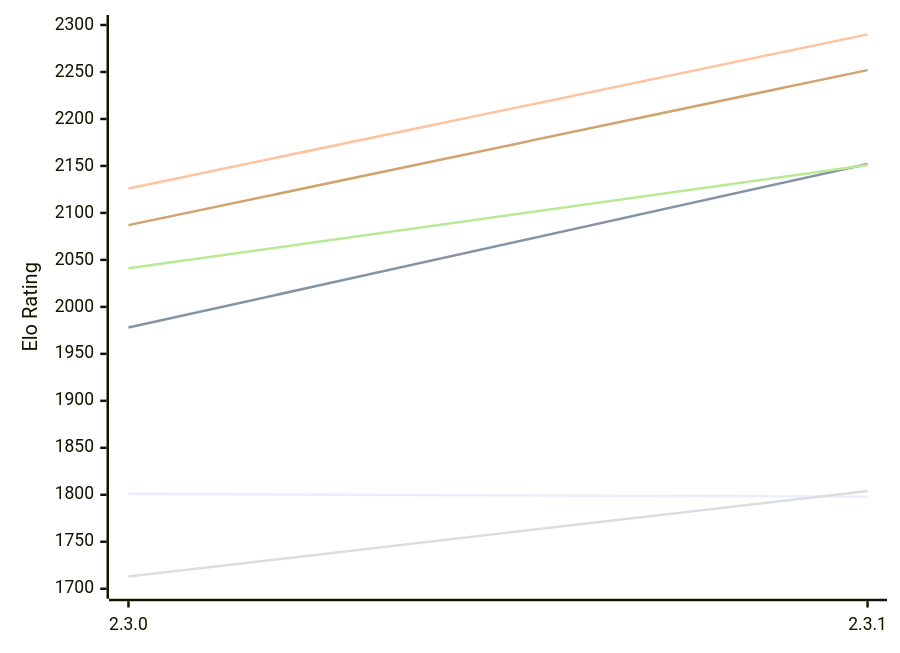
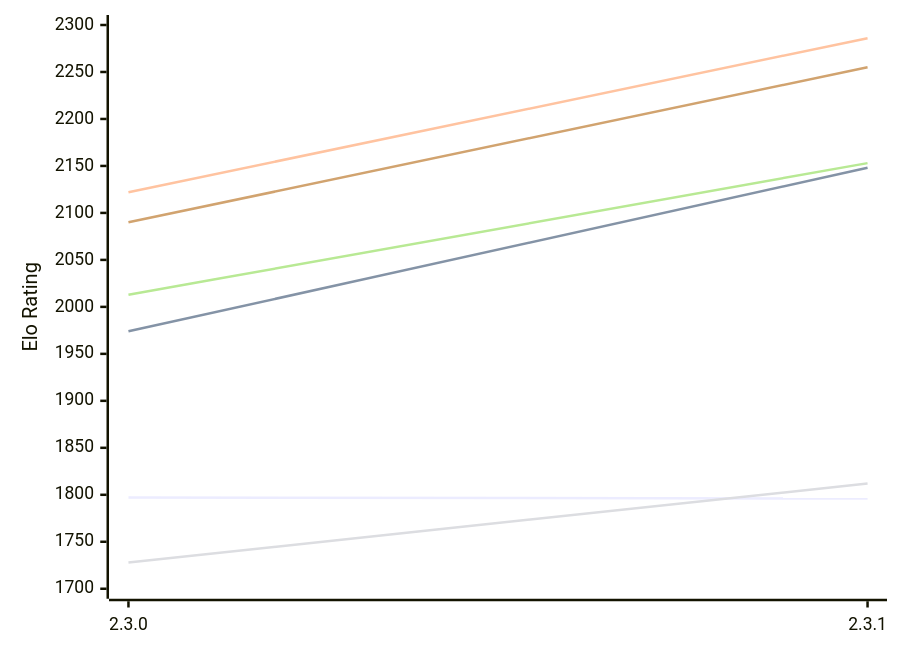
The first of 2 diagrams in engines/Kreveta.md (computer-chess-index/cci), drawn with Mermaid before and after one commit. The commit also changed other lines of this file, not shown here.

Commit message:
Update CCI Ratings (ELO VLTC) - 2026-11-21

````diff
--- a/engines/Kreveta.md
+++ b/engines/Kreveta.md
@@ -59,12 +59,12 @@
 ```mermaid
 %%{init: {"theme":"base","themeVariables":{"seriesColors:['#a3a3a3','#222221','#faa371']}}}%%
 xychart-beta
   x-axis ["2.3.0", "2.3.1"]
   y-axis "Elo Rating" 1700 --> 2300
-  line "E1: STC (8.0+0.08s)" [1801, 1798]
-  line "E1: LTC (60.0+0.60s)" [1978, 2152]
-  line "E1: VLTC (2m24s+1.12s)" [2126, 2290]
-  line "P1: STC (8.0+0.08s)" [1713, 1804]
-  line "P1: LTC (60.0+0.60s)" [2041, 2151]
-  line "P1: VLTC (2m24s+1.12s)" [2087, 2252]
+  line "E1: STC (8.0+0.08s)" [1797, 1796]
+  line "E1: LTC (60.0+0.60s)" [1974, 2148]
+  line "E1: VLTC (2m24s+1.12s)" [2122, 2286]
+  line "P1: STC (8.0+0.08s)" [1728, 1812]
+  line "P1: LTC (60.0+0.60s)" [2013, 2153]
+  line "P1: VLTC (2m24s+1.12s)" [2090, 2255]
 ```
````
